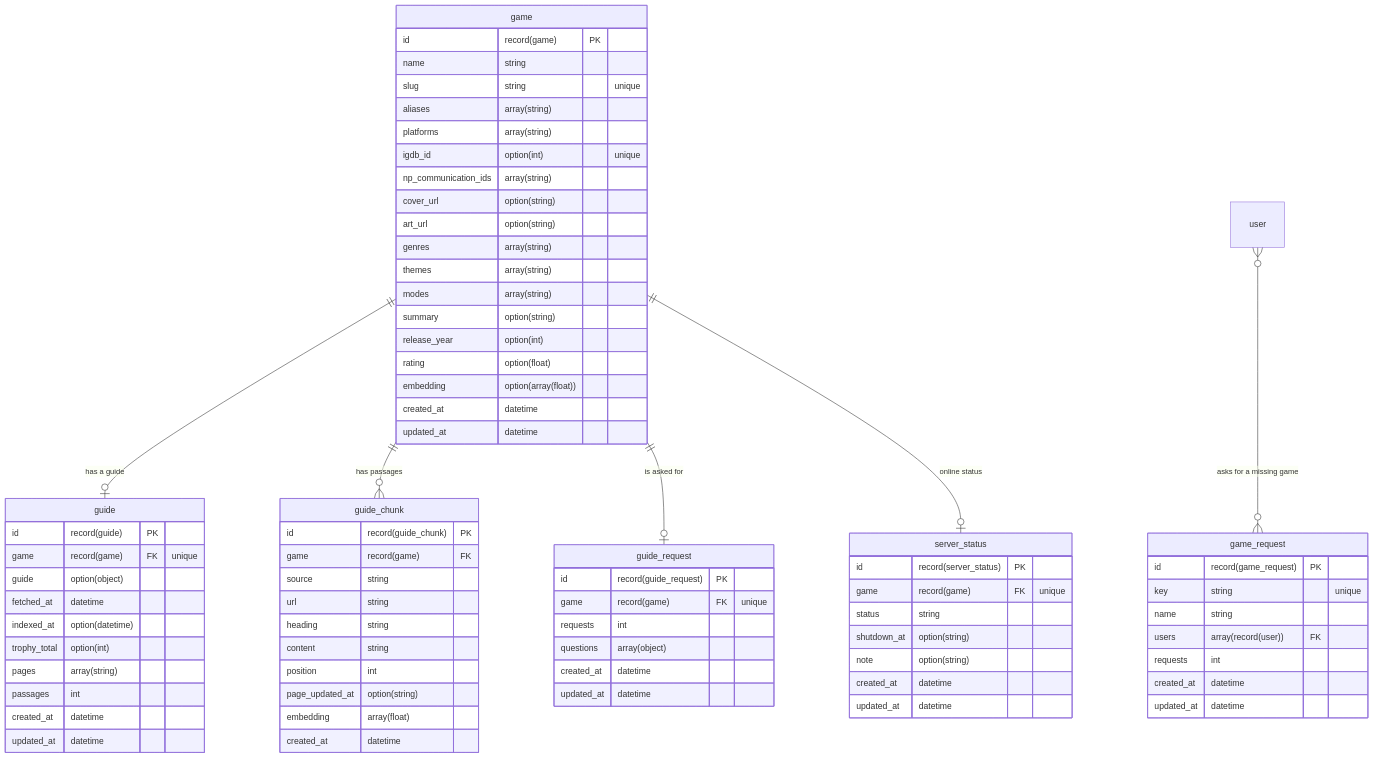
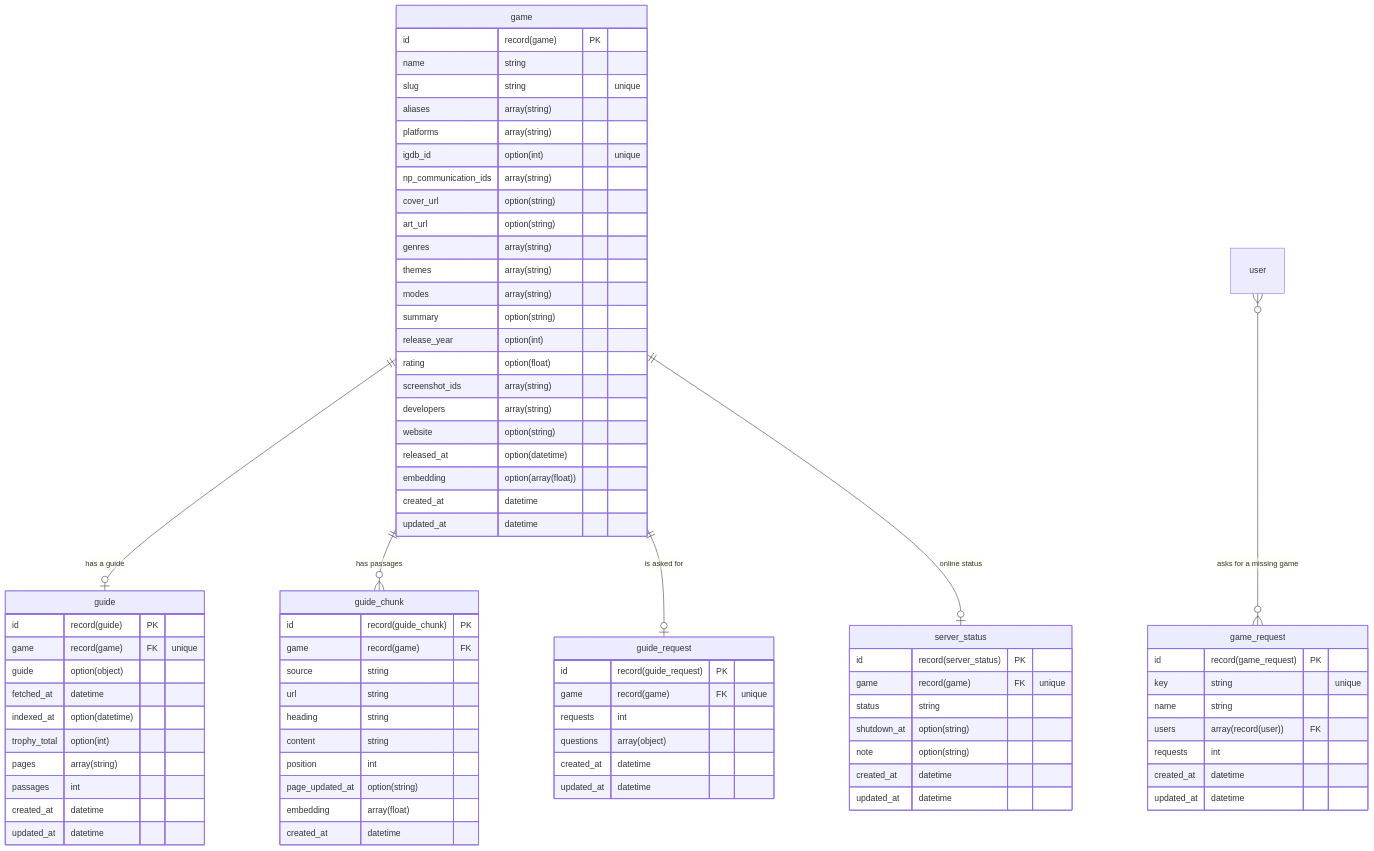
Before and after one commit to renatoaug/platjourney: the fourth of 5 diagrams in docs/database.md, drawn with Mermaid. The commit also changed other lines of this file and 21 other files, not shown here.

````diff
--- a/docs/database.md
+++ b/docs/database.md
@@ -208,79 +208,83 @@
 ```mermaid
 erDiagram
     game ||--o| guide : "has a guide"
     game ||--o{ guide_chunk : "has passages"
     game ||--o| guide_request : "is asked for"
     game ||--o| server_status : "online status"
     user }o--o{ game_request : "asks for a missing game"
     game {
         id record(game) PK
         name string
         slug string "unique"
         aliases array(string)
         platforms array(string)
         igdb_id option(int) "unique"
         np_communication_ids array(string)
         cover_url option(string)
         art_url option(string)
         genres array(string)
         themes array(string)
         modes array(string)
         summary option(string)
         release_year option(int)
         rating option(float)
+        screenshot_ids array(string)
+        developers array(string)
+        website option(string)
+        released_at option(datetime)
         embedding option(array(float))
         created_at datetime
         updated_at datetime
     }
     guide {
         id record(guide) PK
         game record(game) FK "unique"
         guide option(object)
         fetched_at datetime
         indexed_at option(datetime)
         trophy_total option(int)
         pages array(string)
         passages int
         created_at datetime
         updated_at datetime
     }
     guide_chunk {
         id record(guide_chunk) PK
         game record(game) FK
         source string
         url string
         heading string
         content string
         position int
         page_updated_at option(string)
         embedding array(float)
         created_at datetime
     }
     guide_request {
         id record(guide_request) PK
         game record(game) FK "unique"
         requests int
         questions array(object)
         created_at datetime
         updated_at datetime
     }
     game_request {
         id record(game_request) PK
         key string "unique"
         name string
         users array(record(user)) FK
         requests int
         created_at datetime
         updated_at datetime
     }
     server_status {
         id record(server_status) PK
         game record(game) FK "unique"
         status string
         shutdown_at option(string)
         note option(string)
         created_at datetime
         updated_at datetime
     }
 
 ```
````
